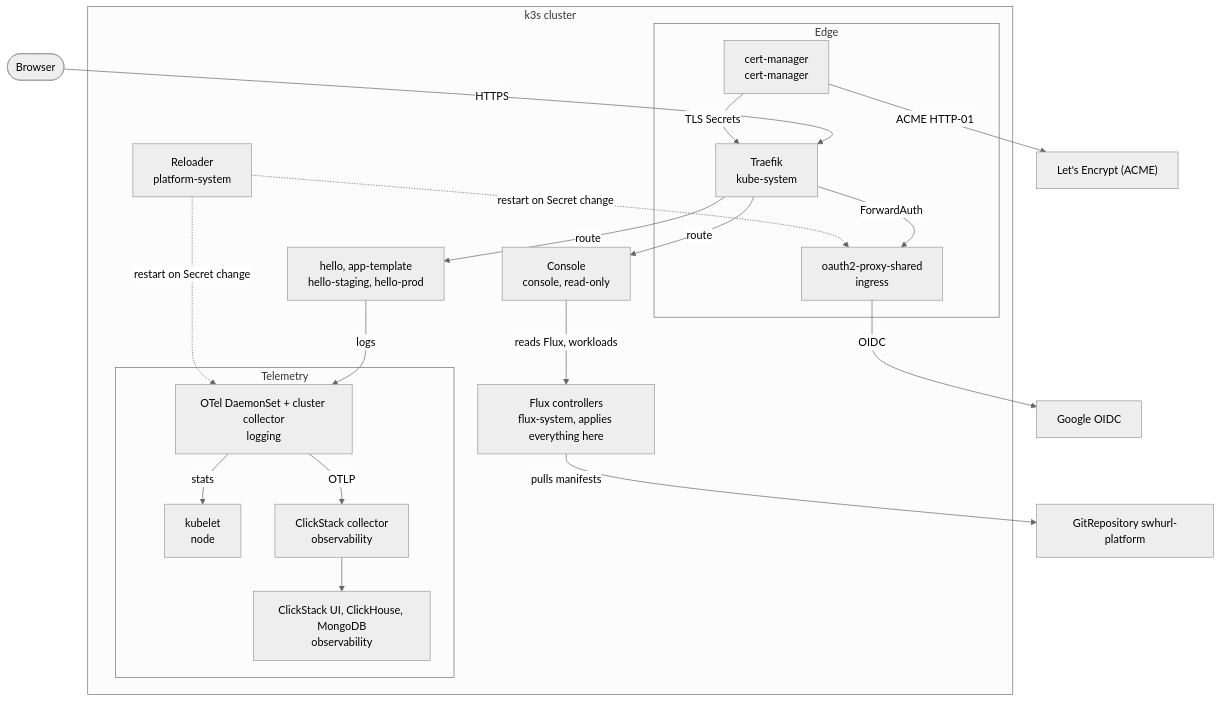
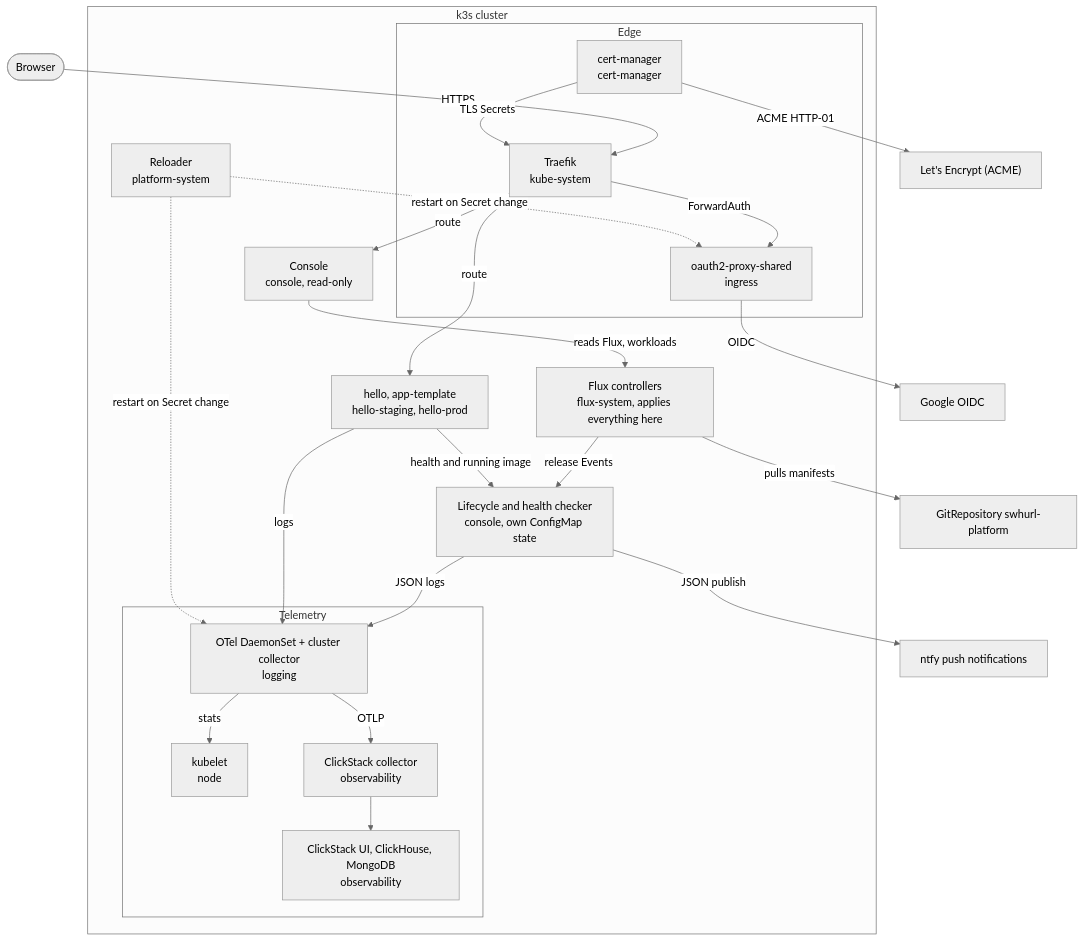
One commit to samclement/swhurl-platform changed the fourth of 5 diagrams in docs/architecture.md. Above: the diagram before and after it, drawn with Mermaid (neutral theme). The commit also changed other lines of this file and 35 other files, not shown here.

Commit message:
Standardise app and console lifecycle and health notifications

````diff
--- a/docs/architecture.md
+++ b/docs/architecture.md
@@ -163,39 +164,45 @@
 ```mermaid
 flowchart TB
   user([Browser])
   git[GitRepository swhurl-platform]
   google[Google OIDC]
   le["Let's Encrypt (ACME)"]
+  ntfy[ntfy push notifications]
 
   subgraph cluster[k3s cluster]
     subgraph edge[Edge]
       traefik[Traefik<br/>kube-system]
       oauth[oauth2-proxy-shared<br/>ingress]
       cm[cert-manager<br/>cert-manager]
     end
     subgraph telemetry[Telemetry]
       otelds[OTel DaemonSet + cluster collector<br/>logging]
       kubelet[kubelet<br/>node]
       csotel[ClickStack collector<br/>observability]
       cs[ClickStack UI, ClickHouse, MongoDB<br/>observability]
     end
     flux[Flux controllers<br/>flux-system, applies everything here]
     reloader[Reloader<br/>platform-system]
     console[Console<br/>console, read-only]
+    notifications[Lifecycle and health checker<br/>console, own ConfigMap state]
     app[hello, app-template<br/>hello-staging, hello-prod]
   end
 
   user -- HTTPS --> traefik
   traefik -- ForwardAuth --> oauth
   oauth -- OIDC --> google
   traefik -- route --> app
   traefik -- route --> console
   console -- reads Flux, workloads --> flux
+  flux -- release Events --> notifications
+  app -- health and running image --> notifications
+  notifications -- JSON publish --> ntfy
+  notifications -- JSON logs --> otelds
   cm -- ACME HTTP-01 --> le
   cm -- TLS Secrets --> traefik
   app -- logs --> otelds
   otelds -- stats --> kubelet
   otelds -- OTLP --> csotel --> cs
   flux -- pulls manifests --> git
   reloader -. restart on Secret change .-> oauth & otelds
 ```
````
